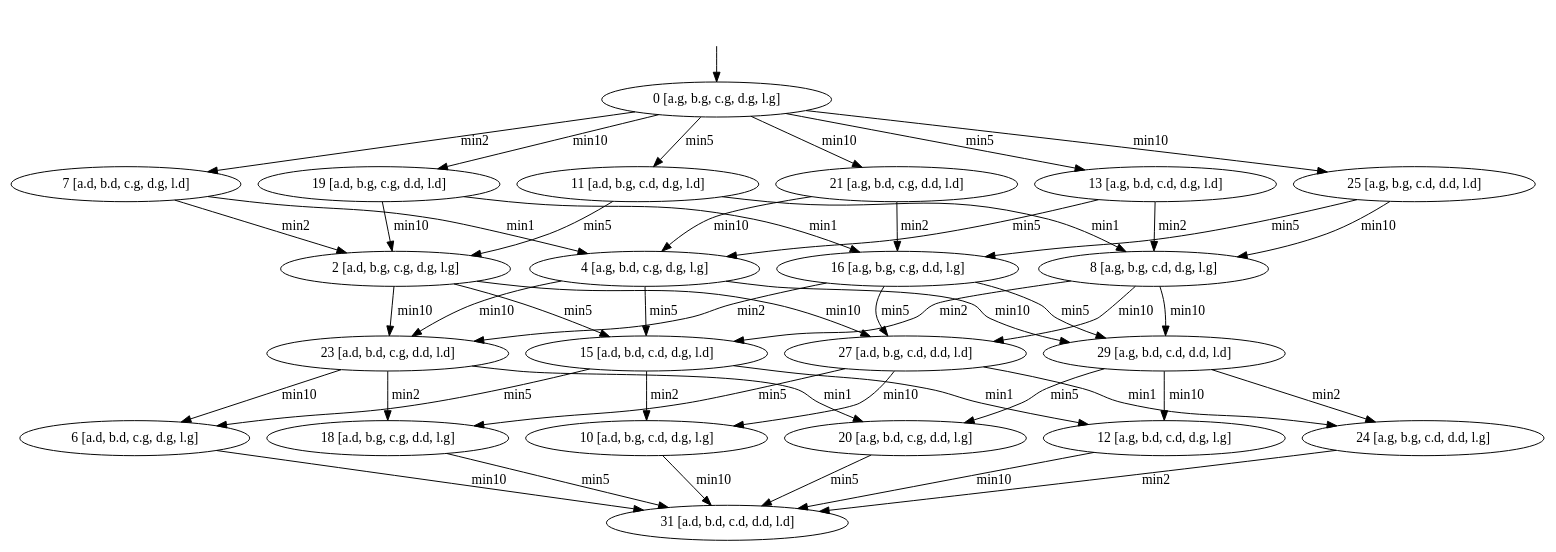
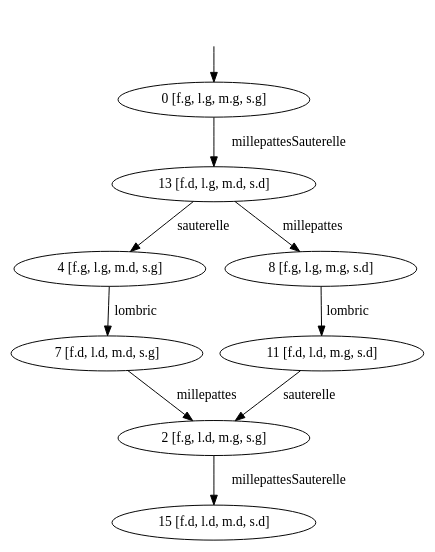
The diagram in Outils preuve/solution.dot (MightyMonkey/Cours), drawn with Graphviz before and after one commit. The commit also changed 22 other files, not shown here.

```diff
--- a/Outils preuve/solution.dot
+++ b/Outils preuve/solution.dot
@@ -1,74 +1,20 @@
 digraph system {
 _0[label="", shape=none ];
 _0->0;
-31 [label= "31 [a.d, b.d, c.d, d.d, l.d]"];
-15 [label= "15 [a.d, b.d, c.d, d.g, l.d]"];
-23 [label= "23 [a.d, b.d, c.g, d.d, l.d]"];
-7 [label= "7 [a.d, b.d, c.g, d.g, l.d]"];
-27 [label= "27 [a.d, b.g, c.d, d.d, l.d]"];
-11 [label= "11 [a.d, b.g, c.d, d.g, l.d]"];
-19 [label= "19 [a.d, b.g, c.g, d.d, l.d]"];
-29 [label= "29 [a.g, b.d, c.d, d.d, l.d]"];
-13 [label= "13 [a.g, b.d, c.d, d.g, l.d]"];
-21 [label= "21 [a.g, b.d, c.g, d.d, l.d]"];
-25 [label= "25 [a.g, b.g, c.d, d.d, l.d]"];
-6 [label= "6 [a.d, b.d, c.g, d.g, l.g]"];
-10 [label= "10 [a.d, b.g, c.d, d.g, l.g]"];
-18 [label= "18 [a.d, b.g, c.g, d.d, l.g]"];
-2 [label= "2 [a.d, b.g, c.g, d.g, l.g]"];
-12 [label= "12 [a.g, b.d, c.d, d.g, l.g]"];
-20 [label= "20 [a.g, b.d, c.g, d.d, l.g]"];
-4 [label= "4 [a.g, b.d, c.g, d.g, l.g]"];
-24 [label= "24 [a.g, b.g, c.d, d.d, l.g]"];
-8 [label= "8 [a.g, b.g, c.d, d.g, l.g]"];
-16 [label= "16 [a.g, b.g, c.g, d.d, l.g]"];
-0 [label= "0 [a.g, b.g, c.g, d.g, l.g]"];
-15->6 [label= "min5"];
-23->6 [label= "min10"];
-15->10 [label= "min2"];
-23->18 [label= "min2"];
-7->2 [label= "min2"];
-27->10 [label= "min10"];
-27->18 [label= "min5"];
-11->2 [label= "min5"];
-19->2 [label= "min10"];
-15->12 [label= "min1"];
-23->20 [label= "min1"];
-7->4 [label= "min1"];
-27->24 [label= "min1"];
-11->8 [label= "min1"];
-19->16 [label= "min1"];
-29->12 [label= "min10"];
-29->20 [label= "min5"];
-13->4 [label= "min5"];
-21->4 [label= "min10"];
-29->24 [label= "min2"];
-13->8 [label= "min2"];
-21->16 [label= "min2"];
-25->8 [label= "min10"];
-25->16 [label= "min5"];
-6->31 [label= "min10"];
-10->31 [label= "min10"];
-18->31 [label= "min5"];
-2->15 [label= "min5"];
-2->23 [label= "min10"];
-2->27 [label= "min10"];
-12->31 [label= "min10"];
-20->31 [label= "min5"];
-4->15 [label= "min5"];
-4->23 [label= "min10"];
-24->31 [label= "min2"];
-8->15 [label= "min2"];
-16->23 [label= "min2"];
-0->7 [label= "min2"];
-8->27 [label= "min10"];
-16->27 [label= "min5"];
-0->11 [label= "min5"];
-0->19 [label= "min10"];
-4->29 [label= "min10"];
-8->29 [label= "min10"];
-16->29 [label= "min5"];
-0->13 [label= "min5"];
-0->21 [label= "min10"];
-0->25 [label= "min10"];
+15 [label= "15 [f.d, l.d, m.d, s.d]"];
+7 [label= "7 [f.d, l.d, m.d, s.g]"];
+11 [label= "11 [f.d, l.d, m.g, s.d]"];
+13 [label= "13 [f.d, l.g, m.d, s.d]"];
+2 [label= "2 [f.g, l.d, m.g, s.g]"];
+4 [label= "4 [f.g, l.g, m.d, s.g]"];
+8 [label= "8 [f.g, l.g, m.g, s.d]"];
+0 [label= "0 [f.g, l.g, m.g, s.g]"];
+7->2 [label= "millepattes"];
+11->2 [label= "sauterelle"];
+13->4 [label= "sauterelle"];
+13->8 [label= "millepattes"];
+2->15 [label= "millepattesSauterelle"];
+4->7 [label= "lombric"];
+8->11 [label= "lombric"];
+0->13 [label= "millepattesSauterelle"];
 }
```
